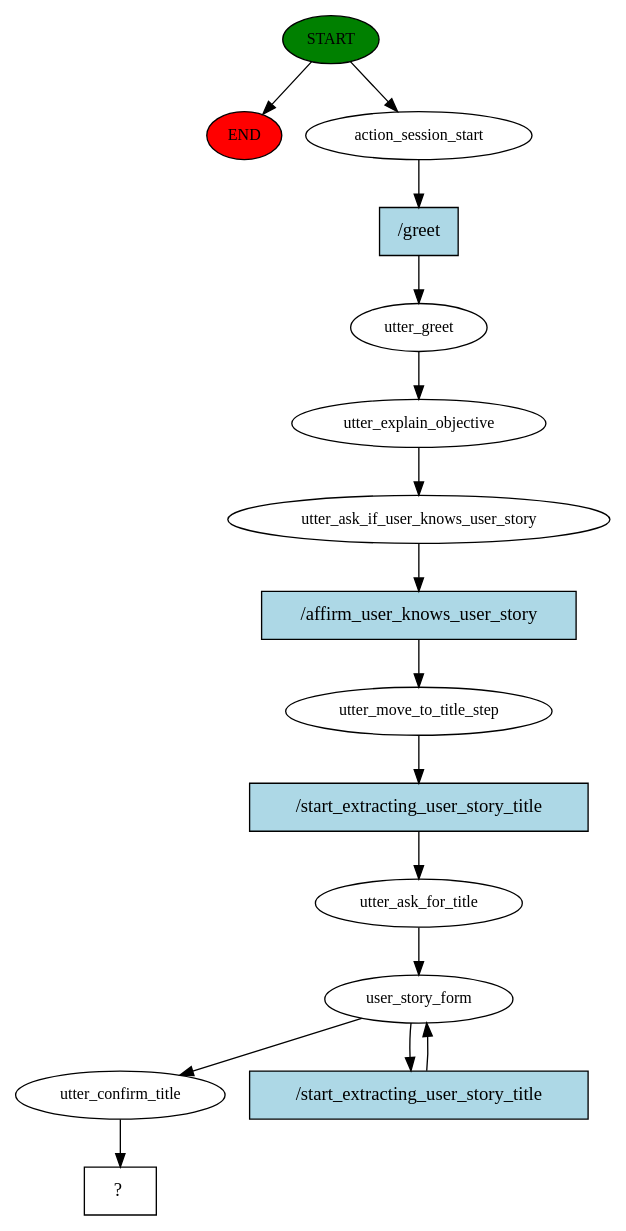
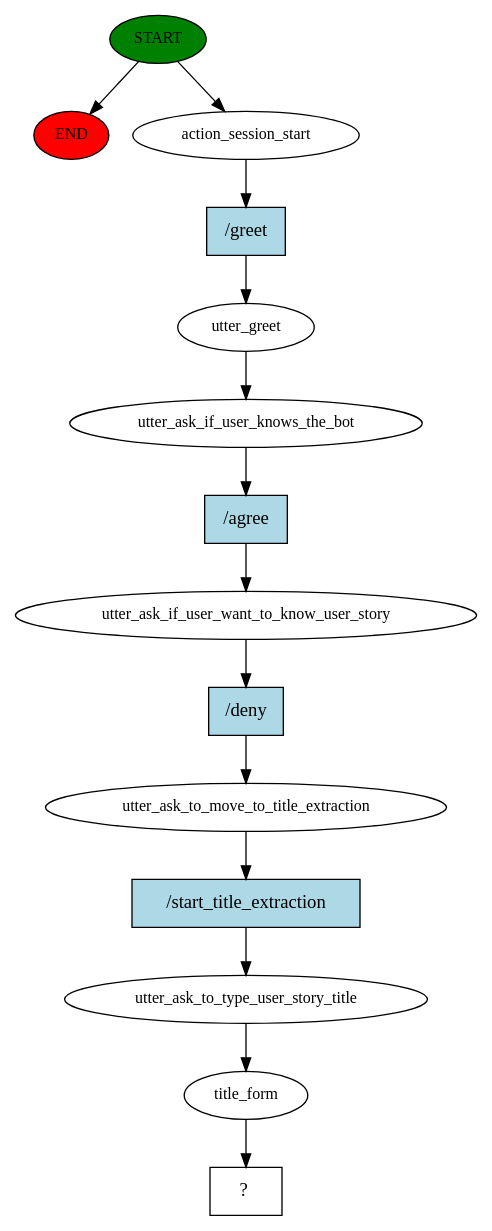
One commit to TCC-chat-requisitos/chatbot-requisitos changed the diagram in story_graph.dot. Above: the diagram before and after it, drawn with Graphviz. The commit also changed 5 other files, not shown here.

```diff
--- a/story_graph.dot
+++ b/story_graph.dot
@@ -1,32 +1,29 @@
 digraph  {
 0 [class="start active", fillcolor=green, fontsize=12, label=START, style=filled];
 "-1" [class=end, fillcolor=red, fontsize=12, label=END, style=filled];
 1 [class=active, fontsize=12, label=action_session_start];
 2 [class=active, fontsize=12, label=utter_greet];
-3 [class=active, fontsize=12, label=utter_explain_objective];
-4 [class=active, fontsize=12, label=utter_ask_if_user_knows_user_story];
-5 [class=active, fontsize=12, label=utter_move_to_title_step];
-6 [class=active, fontsize=12, label=utter_ask_for_title];
-7 [class=active, fontsize=12, label=user_story_form];
-9 [class=active, fontsize=12, label=utter_confirm_title];
-10 [class="intent dashed active", label="  ?  ", shape=rect];
-11 [class="intent active", fillcolor=lightblue, label="/greet", shape=rect, style=filled];
-12 [class="intent active", fillcolor=lightblue, label="/affirm_user_knows_user_story", shape=rect, style=filled];
-13 [class="intent active", fillcolor=lightblue, label="/start_extracting_user_story_title", shape=rect, style=filled];
-14 [class="intent active", fillcolor=lightblue, label="/start_extracting_user_story_title", shape=rect, style=filled];
+3 [class=active, fontsize=12, label=utter_ask_if_user_knows_the_bot];
+4 [class=active, fontsize=12, label=utter_ask_if_user_want_to_know_user_story];
+5 [class=active, fontsize=12, label=utter_ask_to_move_to_title_extraction];
+6 [class=active, fontsize=12, label=utter_ask_to_type_user_story_title];
+7 [class=active, fontsize=12, label=title_form];
+8 [class="intent dashed active", label="  ?  ", shape=rect];
+9 [class="intent active", fillcolor=lightblue, label="/greet", shape=rect, style=filled];
+10 [class="intent active", fillcolor=lightblue, label="/agree", shape=rect, style=filled];
+11 [class="intent active", fillcolor=lightblue, label="/deny", shape=rect, style=filled];
+12 [class="intent active", fillcolor=lightblue, label="/start_title_extraction", shape=rect, style=filled];
 0 -> "-1"  [class="", key=NONE, label=""];
 0 -> 1  [class=active, key=NONE, label=""];
-1 -> 11  [class=active, key=0];
+1 -> 9  [class=active, key=0];
 2 -> 3  [class=active, key=NONE, label=""];
-3 -> 4  [class=active, key=NONE, label=""];
-4 -> 12  [class=active, key=0];
-5 -> 13  [class=active, key=0];
+3 -> 10  [class=active, key=0];
+4 -> 11  [class=active, key=0];
+5 -> 12  [class=active, key=0];
 6 -> 7  [class=active, key=NONE, label=""];
-7 -> 9  [class=active, key=NONE, label=""];
-7 -> 14  [class=active, key=0];
-9 -> 10  [class=active, key=NONE, label=""];
-11 -> 2  [class=active, key=0];
-12 -> 5  [class=active, key=0];
-13 -> 6  [class=active, key=0];
-14 -> 7  [class=active, key=0];
+7 -> 8  [class=active, key=NONE, label=""];
+9 -> 2  [class=active, key=0];
+10 -> 4  [class=active, key=0];
+11 -> 5  [class=active, key=0];
+12 -> 6  [class=active, key=0];
 }
```
